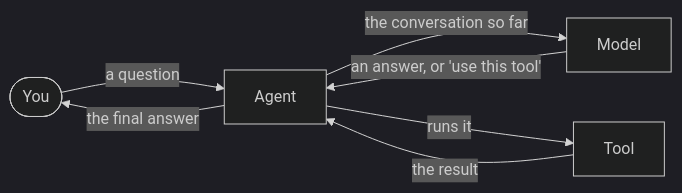
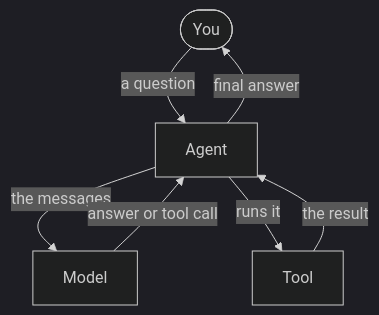
Before and after one commit to definableai/stellar: the diagram in docs/content/introduction.mdx, drawn with Mermaid (dark theme). The commit also changed 5 other files, not shown here.

Commit message:
Docs: one check gate, a diagram never shrinks below 72%, the intro chart top-down, and a colon in frontmatter is caught

````diff
--- a/docs/content/introduction.mdx
+++ b/docs/content/introduction.mdx
@@ -10,9 +10,9 @@
 ```mermaid
-flowchart LR
+flowchart TD
   You([You]) -->|"a question"| Agent
-  Agent -->|"the conversation so far"| Model
-  Model -->|"an answer, or 'use this tool'"| Agent
+  Agent -->|"the messages"| Model
+  Model -->|"answer or tool call"| Agent
   Agent -->|"runs it"| Tool
   Tool -->|"the result"| Agent
-  Agent -->|"the final answer"| You
+  Agent -->|"final answer"| You
 ```
````
